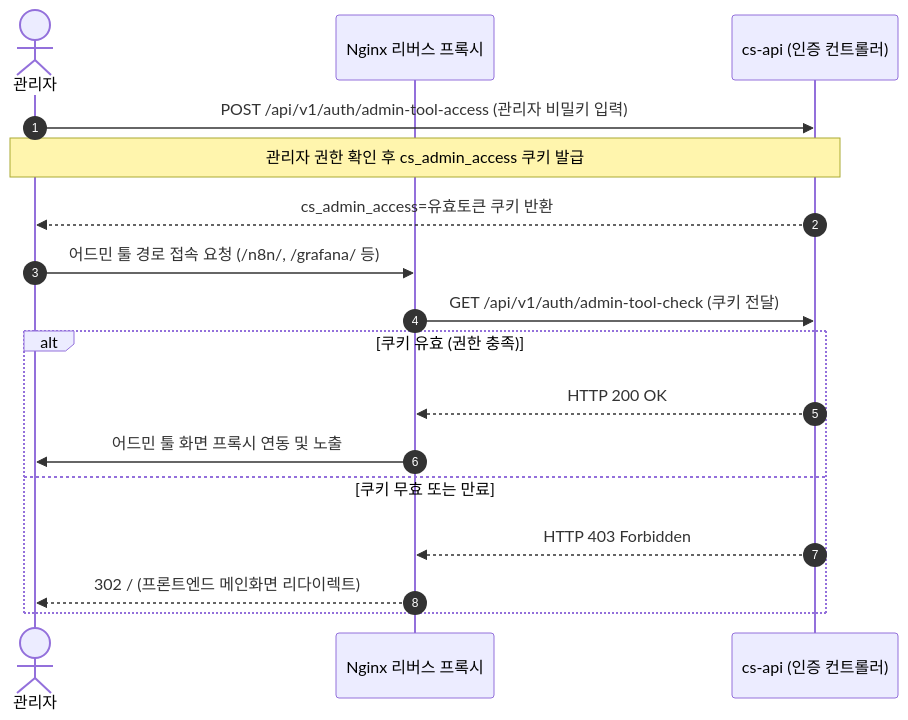
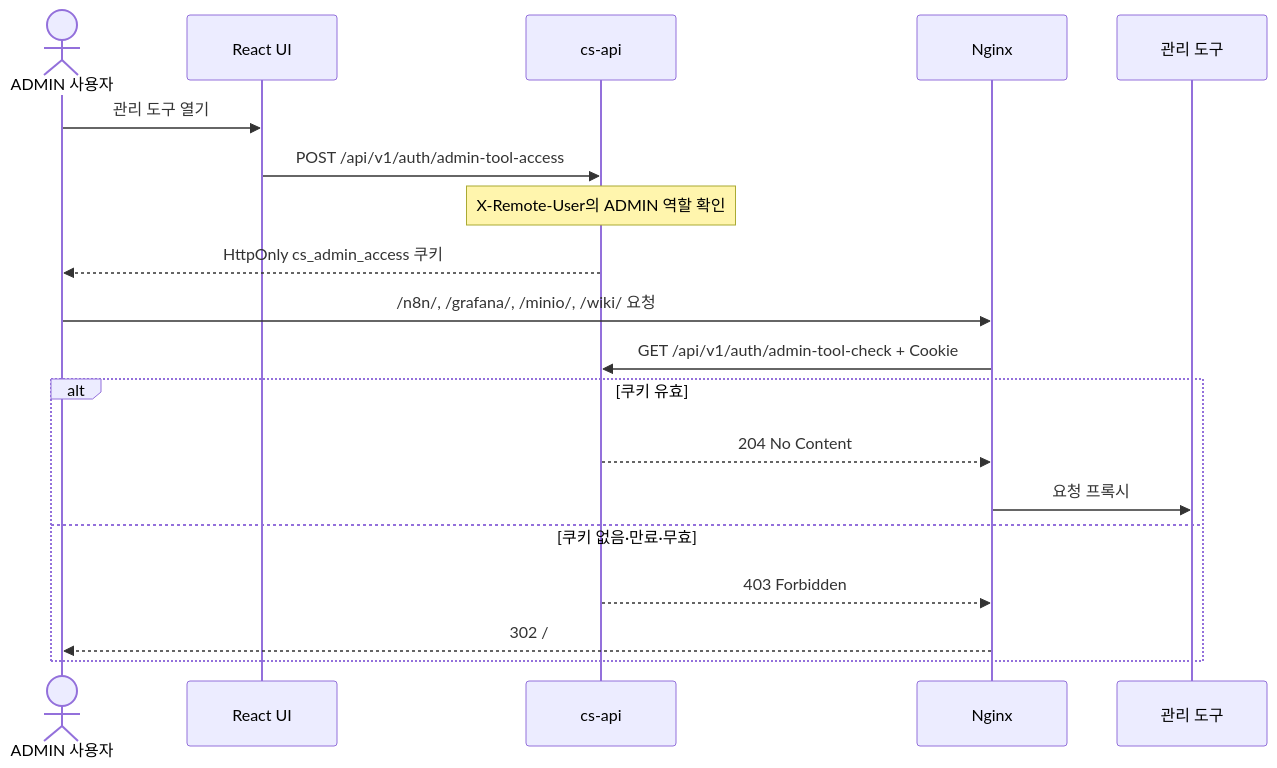
The second of 2 diagrams in docs/docs/security-policy.md (Yoonsik-Shin/cs-hub), drawn with Mermaid before and after one commit. The commit also changed other lines of this file and 3 other files, not shown here.

````diff
--- a/docs/docs/security-policy.md
+++ b/docs/docs/security-policy.md
@@ -69,21 +44,22 @@
 ```mermaid
 sequenceDiagram
-    autonumber
-    actor Admin as 관리자
-    participant Nginx as Nginx 리버스 프록시
-    participant API as cs-api (인증 컨트롤러)
+    actor Admin as ADMIN 사용자
+    participant UI as React UI
+    participant API as cs-api
+    participant Nginx as Nginx
+    participant Tool as 관리 도구
 
-    Admin->>API: POST /api/v1/auth/admin-tool-access (관리자 비밀키 입력)
-    Note over Admin,API: 관리자 권한 확인 후 cs_admin_access 쿠키 발급
-    API-->>Admin: cs_admin_access=유효토큰 쿠키 반환
-    
-    Admin->>Nginx: 어드민 툴 경로 접속 요청 (/n8n/, /grafana/ 등)
-    Nginx->>API: GET /api/v1/auth/admin-tool-check (쿠키 전달)
-    alt 쿠키 유효 (권한 충족)
-        API-->>Nginx: HTTP 200 OK
-        Nginx->>Admin: 어드민 툴 화면 프록시 연동 및 노출
-    else 쿠키 무효 또는 만료
-        API-->>Nginx: HTTP 403 Forbidden
-        Nginx-->>Admin: 302 / (프론트엔드 메인화면 리다이렉트)
+    Admin->>UI: 관리 도구 열기
+    UI->>API: POST /api/v1/auth/admin-tool-access
+    Note over API: X-Remote-User의 ADMIN 역할 확인
+    API-->>Admin: HttpOnly cs_admin_access 쿠키
+    Admin->>Nginx: /n8n/, /grafana/, /minio/, /wiki/ 요청
+    Nginx->>API: GET /api/v1/auth/admin-tool-check + Cookie
+    alt 쿠키 유효
+        API-->>Nginx: 204 No Content
+        Nginx->>Tool: 요청 프록시
+    else 쿠키 없음·만료·무효
+        API-->>Nginx: 403 Forbidden
+        Nginx-->>Admin: 302 /
     end
 ```
````
